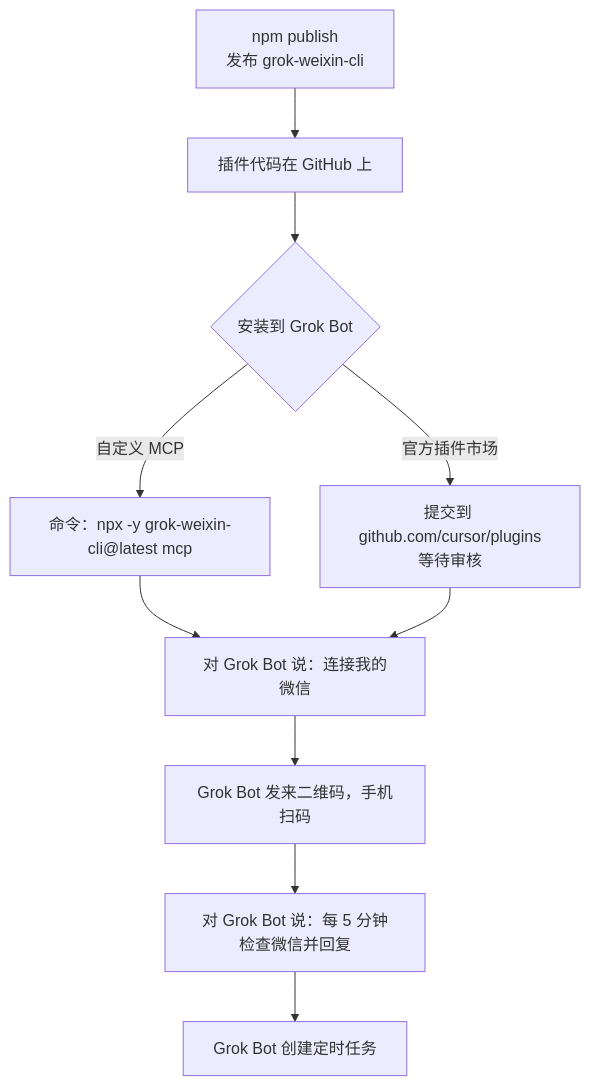
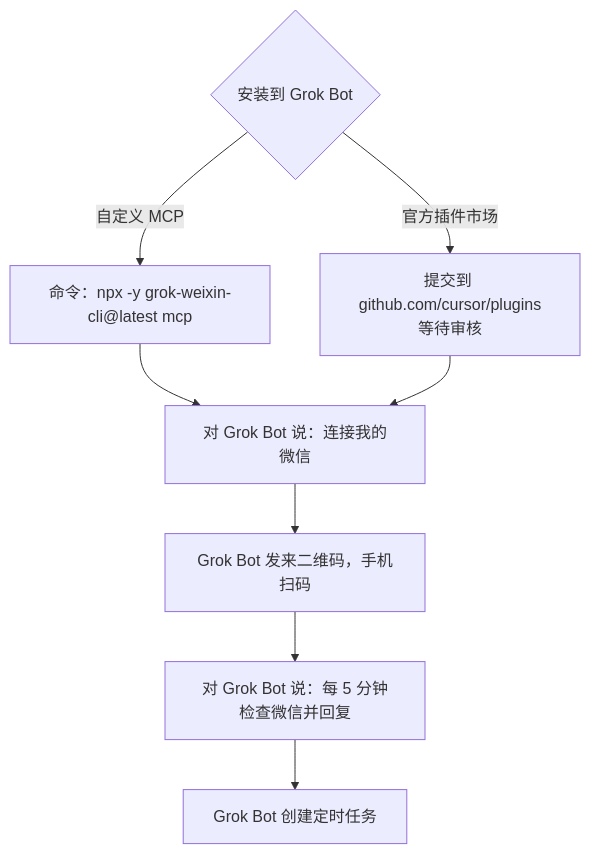
Before and after one commit to evanyangg/grok-weixin-cli: the third of 3 diagrams in README.md, drawn with Mermaid. The commit also changed other lines of this file, not shown here.

Commit message:
README: remove npm publishing steps

````diff
--- a/README.md
+++ b/README.md
@@ -193,12 +193,11 @@
 ```mermaid
 flowchart TD
-    A["npm publish<br/>发布 grok-weixin-cli"] --> B["插件代码在 GitHub 上"]
-    B --> C{"安装到 Grok Bot"}
+    C{"安装到 Grok Bot"}
     C -- "自定义 MCP" --> D["命令：npx -y grok-weixin-cli@latest mcp"]
     C -- "官方插件市场" --> E["提交到 github.com/cursor/plugins<br/>等待审核"]
     D --> F["对 Grok Bot 说：连接我的微信"]
     E --> F
     F --> G["Grok Bot 发来二维码，手机扫码"]
     G --> H["对 Grok Bot 说：每 5 分钟检查微信并回复"]
     H --> I["Grok Bot 创建定时任务"]
 ```
````
